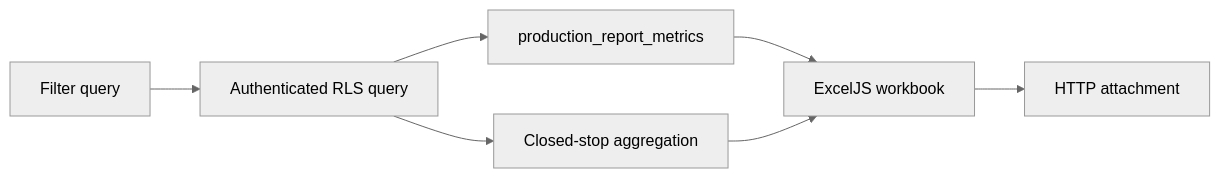
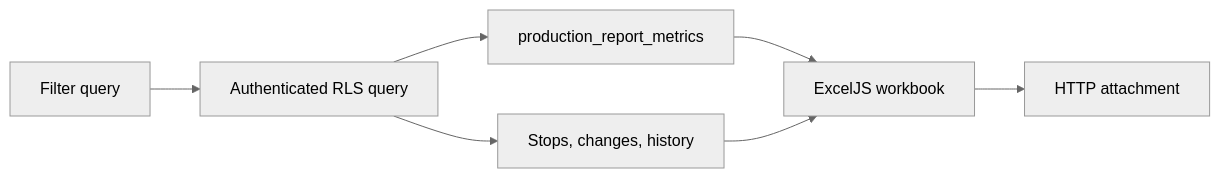
The seventh of 7 diagrams in docs/ARCHITECTURE.md (iamroymadelva/reporte-produccion), drawn with Mermaid (neutral theme) before and after one commit. The commit also changed other lines of this file and 19 other files, not shown here.

````diff
--- a/docs/ARCHITECTURE.md
+++ b/docs/ARCHITECTURE.md
@@ -125,9 +142,9 @@
 ```mermaid
 flowchart LR
     F[Filter query] --> Q[Authenticated RLS query]
     Q --> M[production_report_metrics]
-    Q --> S[Closed-stop aggregation]
+    Q --> S[Stops, changes, history]
     M --> E[ExcelJS workbook]
     S --> E
     E --> H[HTTP attachment]
 ```
````
